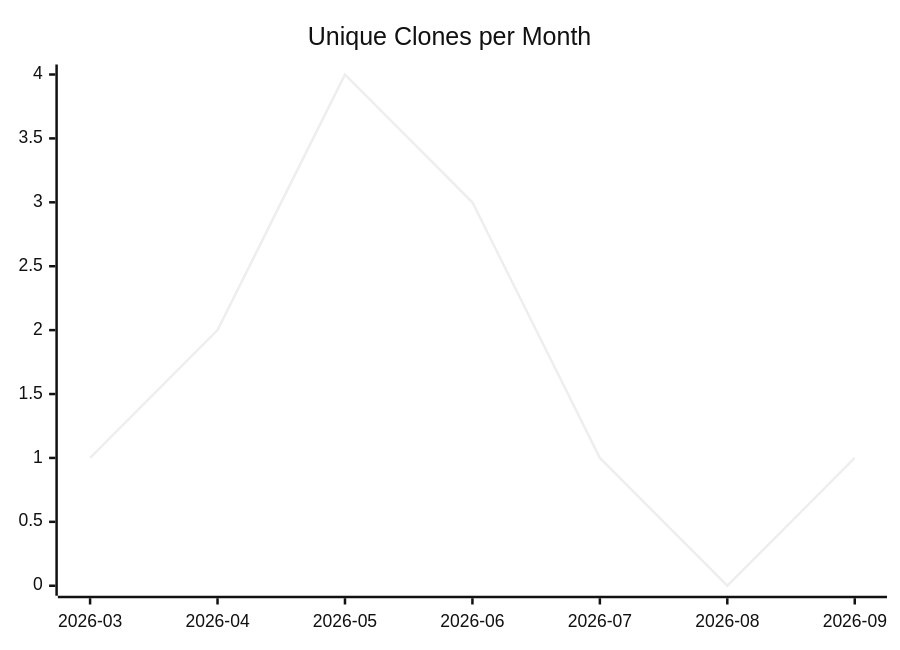
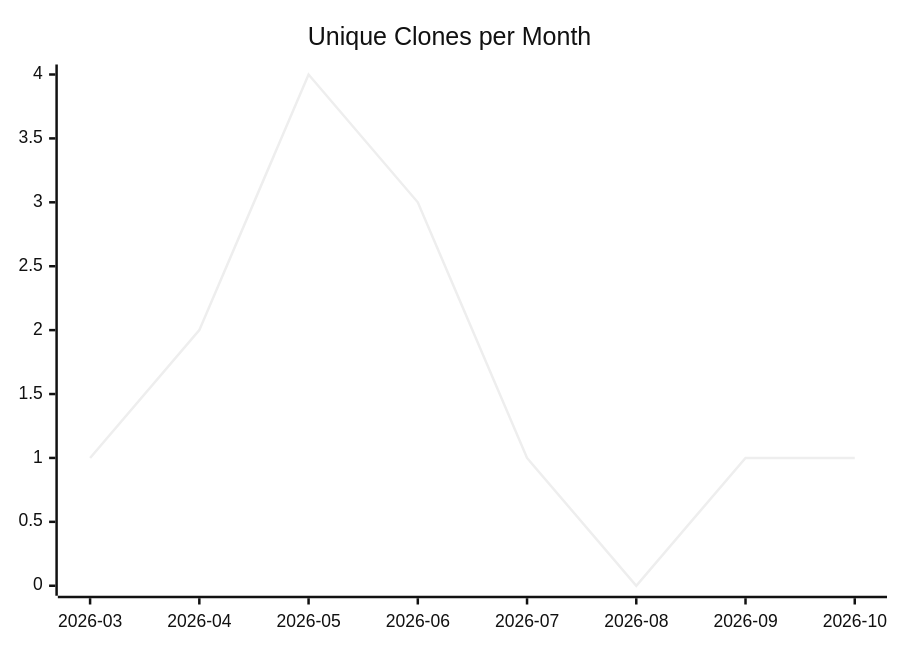
One commit to justdavis-family/github-analytics-data changed the third of 3 diagrams in karlmdavis/puppet-archive/README.md. Above: the diagram before and after it, drawn with Mermaid (neutral theme). The commit also changed other lines of this file and 203 other files, not shown here.

````diff
--- a/karlmdavis/puppet-archive/README.md
+++ b/karlmdavis/puppet-archive/README.md
@@ -19,6 +19,6 @@
 ```mermaid
 xychart-beta
   title "Unique Clones per Month"
-  x-axis ["2026-03", "2026-04", "2026-05", "2026-06", "2026-07", "2026-08", "2026-09"]
-  line [1, 2, 4, 3, 1, 0, 1]
+  x-axis ["2026-03", "2026-04", "2026-05", "2026-06", "2026-07", "2026-08", "2026-09", "2026-10"]
+  line [1, 2, 4, 3, 1, 0, 1, 1]
 ```
````
